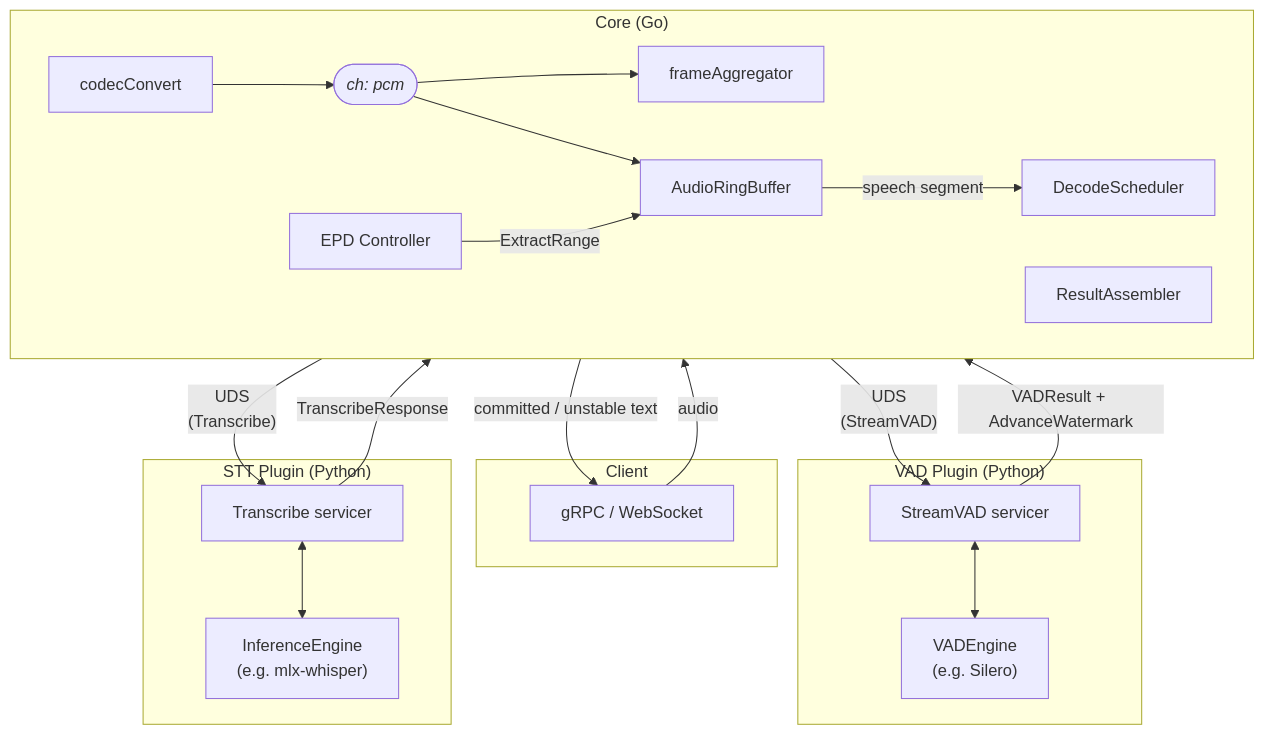
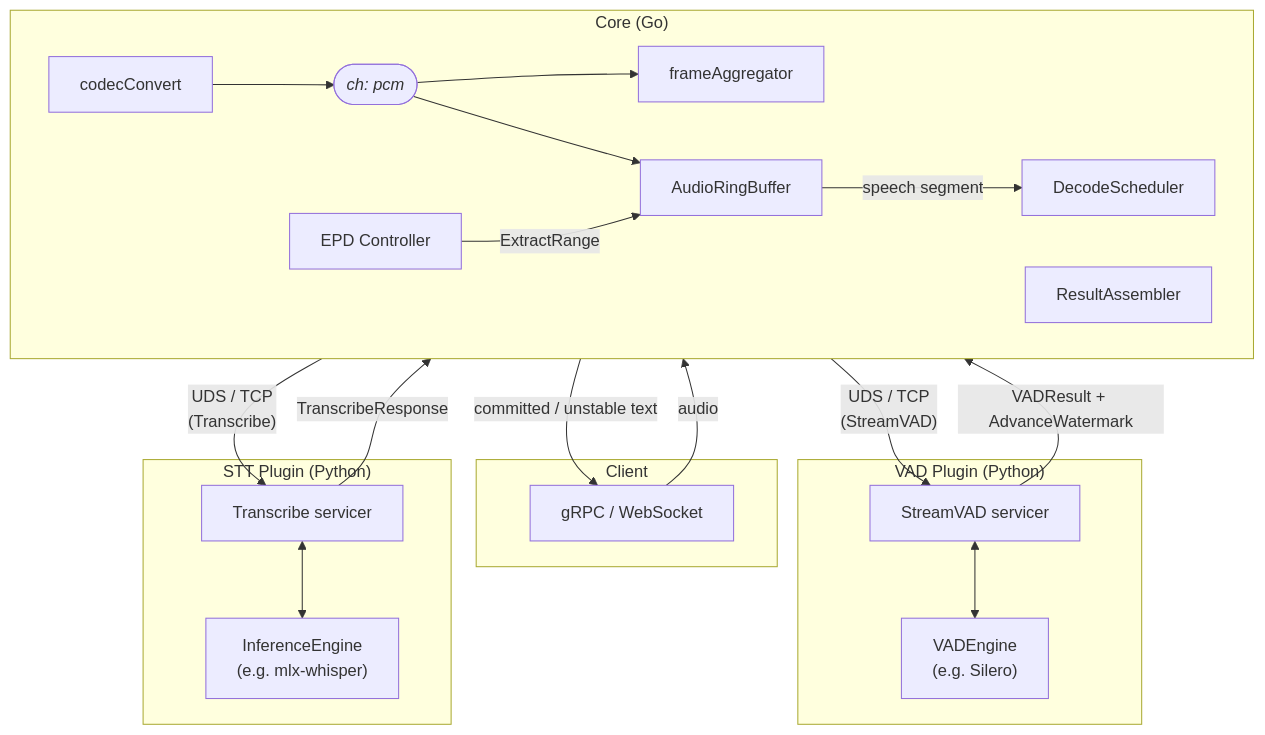
One commit to speechmux/speechmux changed the first of 2 diagrams in README.md. Above: the diagram before and after it, drawn with Mermaid. The commit also changed other lines of this file, not shown here.

````diff
--- a/README.md
+++ b/README.md
@@ -9,31 +9,31 @@
 ```mermaid
 flowchart TD
     subgraph Client
         transport["gRPC / WebSocket"]
     end
 
     subgraph Core ["Core (Go)"]
         direction LR
         codecConvert["codecConvert"] --> pcmCh(["<i>ch: pcm</i>"])
         pcmCh --> frameAggregator["frameAggregator"]
         pcmCh --> ARB["AudioRingBuffer"]
         EPDC["EPD Controller"] -->|"ExtractRange"| ARB
         ARB -->|"speech segment"| DS["DecodeScheduler"]
         RA["ResultAssembler"]
     end
 
     subgraph VADPlugin ["VAD Plugin (Python)"]
         VADServicer["StreamVAD servicer"] <--> VADEngine["VADEngine</br>(e.g. Silero)"]
     end
 
     subgraph STTPlugin ["STT Plugin (Python)"]
         STTServicer["Transcribe servicer"] <--> InferenceEngine["InferenceEngine</br>(e.g. mlx-whisper)"]
     end
 
     transport -->|"audio"| codecConvert
-    frameAggregator -->|"UDS</br>(StreamVAD)"| VADServicer
+    frameAggregator -->|"UDS / TCP</br>(StreamVAD)"| VADServicer
     VADServicer -->|"VADResult + AdvanceWatermark"| EPDC
-    DS -->|"UDS</br>(Transcribe)"| STTServicer
+    DS -->|"UDS / TCP</br>(Transcribe)"| STTServicer
     STTServicer -->|"TranscribeResponse"| RA
     RA -->|"committed / unstable text"| transport
 ```
````
